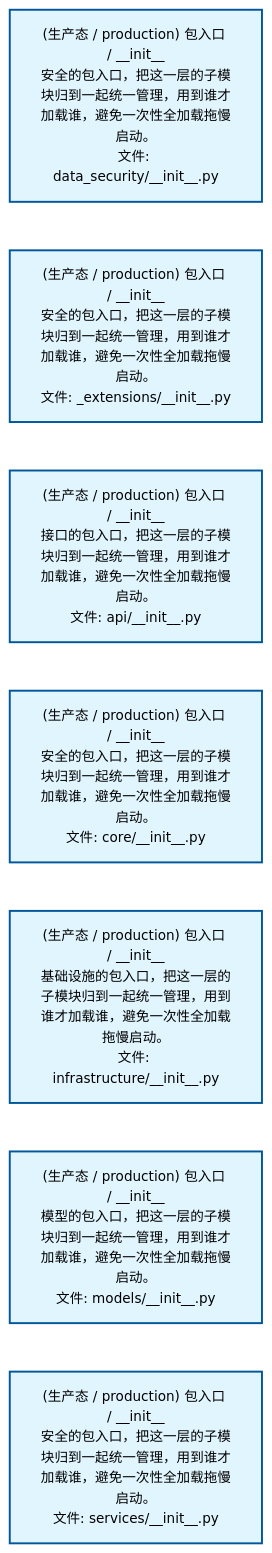
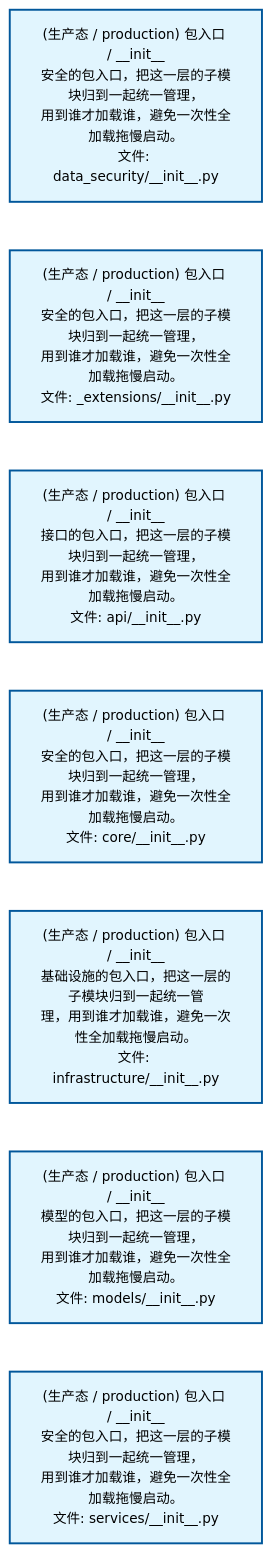
One commit to xuanFelixVan/ZephyrAlpha changed the first of 2 diagrams in docs/02_enterprise_architecture/02_domain_architecture_docs/14_d_data_sec.md. Above: the diagram before and after it, drawn with Mermaid. The commit also changed other lines of this file and 61 other files, not shown here.

````diff
--- a/docs/02_enterprise_architecture/02_domain_architecture_docs/14_d_data_sec.md
+++ b/docs/02_enterprise_architecture/02_domain_architecture_docs/14_d_data_sec.md
@@ -53,22 +53,22 @@
 ```mermaid
 %%{init: {'theme': 'base', 'themeVariables': {'primaryColor': '#eaeaea', 'primaryTextColor': '#333333', 'primaryBorderColor': '#666666', 'lineColor': '#666666', 'secondaryColor': '#eaeaea', 'tertiaryColor': '#eaeaea', 'fontSize': '14px'}}}%%
 flowchart TD
-    src_zephyr_data_security_init_py["(生产态 / production) 包入口 / __init__<br/>安全的包入口，把这一层的子模块归到一起统一管理，用到谁才加载谁，避免一次性全加载拖慢启动。<br/>文件: data_security/__init__.py"]
-    src_zephyr_data_security_extensions_init_py["(生产态 / production) 包入口 / __init__<br/>安全的包入口，把这一层的子模块归到一起统一管理，用到谁才加载谁，避免一次性全加载拖慢启动。<br/>文件: _extensions/__init__.py"]
-    src_zephyr_data_security_api_init_py["(生产态 / production) 包入口 / __init__<br/>接口的包入口，把这一层的子模块归到一起统一管理，用到谁才加载谁，避免一次性全加载拖慢启动。<br/>文件: api/__init__.py"]
-    src_zephyr_data_security_core_init_py["(生产态 / production) 包入口 / __init__<br/>安全的包入口，把这一层的子模块归到一起统一管理，用到谁才加载谁，避免一次性全加载拖慢启动。<br/>文件: core/__init__.py"]
-    src_zephyr_data_security_infrastructure_init_py["(生产态 / production) 包入口 / __init__<br/>基础设施的包入口，把这一层的子模块归到一起统一管理，用到谁才加载谁，避免一次性全加载拖慢启动。<br/>文件: infrastructure/__init__.py"]
-    src_zephyr_data_security_models_init_py["(生产态 / production) 包入口 / __init__<br/>模型的包入口，把这一层的子模块归到一起统一管理，用到谁才加载谁，避免一次性全加载拖慢启动。<br/>文件: models/__init__.py"]
-    src_zephyr_data_security_services_init_py["(生产态 / production) 包入口 / __init__<br/>安全的包入口，把这一层的子模块归到一起统一管理，用到谁才加载谁，避免一次性全加载拖慢启动。<br/>文件: services/__init__.py"]
+    src_zephyr_data_security_init_py["(生产态 / production) 包入口 / __init__<br/>安全的包入口，把这一层的子模块归到一起统一管理，<br/>用到谁才加载谁，避免一次性全加载拖慢启动。<br/>文件: data_security/__init__.py"]
+    src_zephyr_data_security_extensions_init_py["(生产态 / production) 包入口 / __init__<br/>安全的包入口，把这一层的子模块归到一起统一管理，<br/>用到谁才加载谁，避免一次性全加载拖慢启动。<br/>文件: _extensions/__init__.py"]
+    src_zephyr_data_security_api_init_py["(生产态 / production) 包入口 / __init__<br/>接口的包入口，把这一层的子模块归到一起统一管理，<br/>用到谁才加载谁，避免一次性全加载拖慢启动。<br/>文件: api/__init__.py"]
+    src_zephyr_data_security_core_init_py["(生产态 / production) 包入口 / __init__<br/>安全的包入口，把这一层的子模块归到一起统一管理，<br/>用到谁才加载谁，避免一次性全加载拖慢启动。<br/>文件: core/__init__.py"]
+    src_zephyr_data_security_infrastructure_init_py["(生产态 / production) 包入口 / __init__<br/>基础设施的包入口，把这一层的子模块归到一起统一管<br/>理，用到谁才加载谁，避免一次性全加载拖慢启动。<br/>文件: infrastructure/__init__.py"]
+    src_zephyr_data_security_models_init_py["(生产态 / production) 包入口 / __init__<br/>模型的包入口，把这一层的子模块归到一起统一管理，<br/>用到谁才加载谁，避免一次性全加载拖慢启动。<br/>文件: models/__init__.py"]
+    src_zephyr_data_security_services_init_py["(生产态 / production) 包入口 / __init__<br/>安全的包入口，把这一层的子模块归到一起统一管理，<br/>用到谁才加载谁，避免一次性全加载拖慢启动。<br/>文件: services/__init__.py"]
     src_zephyr_data_security_init_py ~~~ src_zephyr_data_security_extensions_init_py
     src_zephyr_data_security_extensions_init_py ~~~ src_zephyr_data_security_api_init_py
     src_zephyr_data_security_api_init_py ~~~ src_zephyr_data_security_core_init_py
     src_zephyr_data_security_core_init_py ~~~ src_zephyr_data_security_infrastructure_init_py
     src_zephyr_data_security_infrastructure_init_py ~~~ src_zephyr_data_security_models_init_py
     src_zephyr_data_security_models_init_py ~~~ src_zephyr_data_security_services_init_py
     classDef production fill:#e1f5fe,stroke:#01579b,stroke-width:2px,color:#000
     classDef design fill:#fff3e0,stroke:#e65100,stroke-width:2px,color:#000,stroke-dasharray: 5 5
     classDef external_prod fill:#e8f4fd,stroke:#0277bd,stroke-width:1px,color:#000
     classDef external_design fill:#fff8e7,stroke:#ef6c00,stroke-width:1px,color:#000,stroke-dasharray: 5 5
     class src_zephyr_data_security_init_py,src_zephyr_data_security_extensions_init_py,src_zephyr_data_security_api_init_py,src_zephyr_data_security_core_init_py,src_zephyr_data_security_infrastructure_init_py,src_zephyr_data_security_models_init_py,src_zephyr_data_security_services_init_py production
 ```
````
